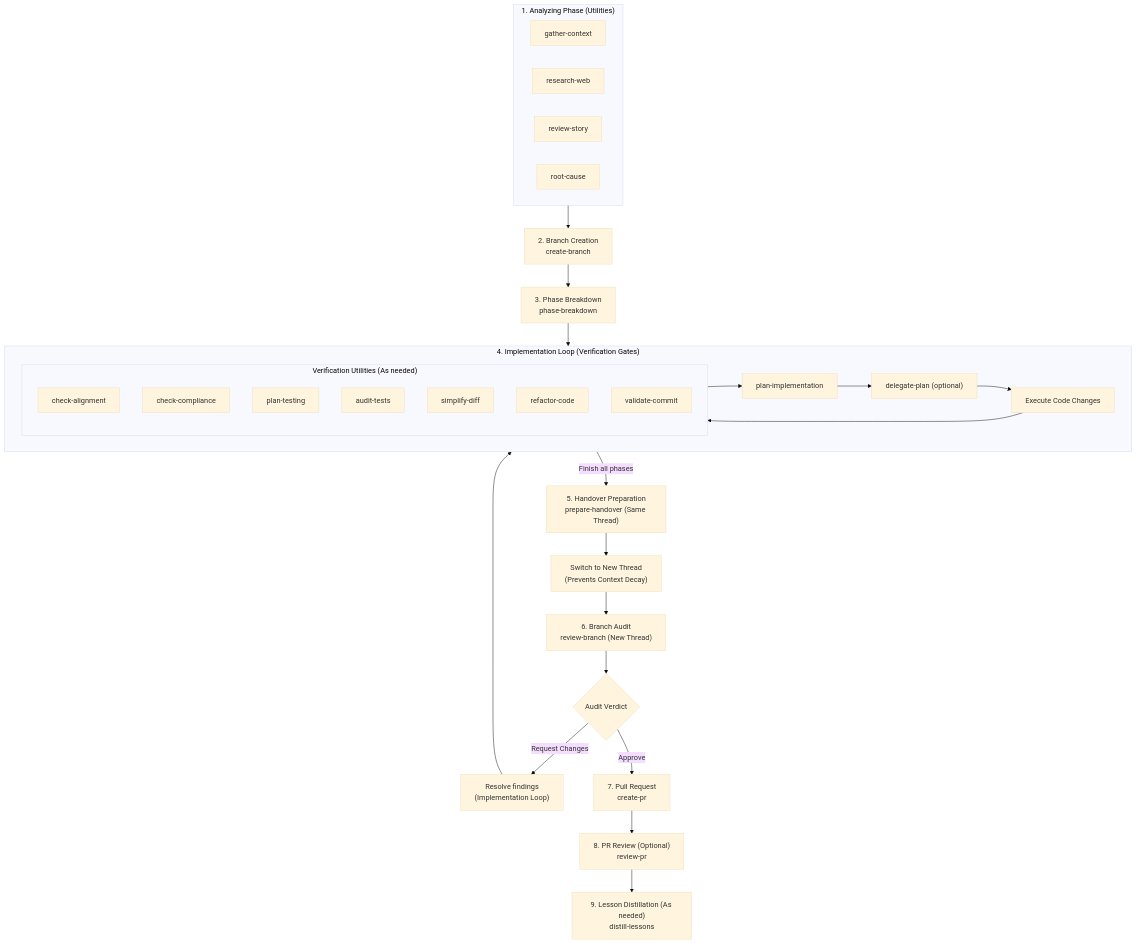
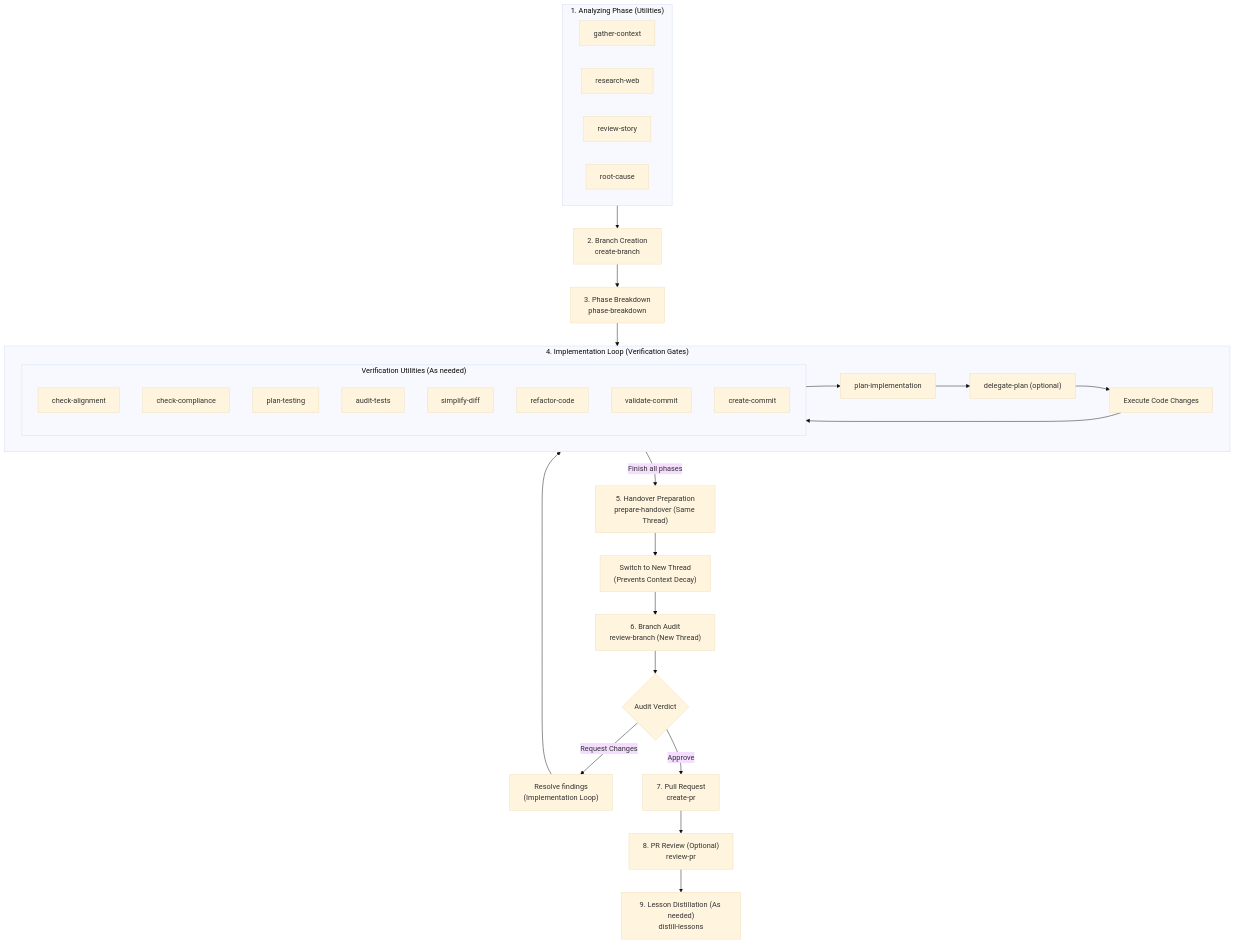
The diagram in LIFECYCLE.md (jrobertogarcia/agent-workflows), drawn with Mermaid (base theme) before and after one commit. The commit also changed other lines of this file and 4 other files, not shown here.

First line of the commit message:
feat(skills): add create-commit skill (#18)

````diff
--- a/LIFECYCLE.md
+++ b/LIFECYCLE.md
@@ -13,64 +13,65 @@
 ```mermaid
 graph TD
     %% Analyzing Phase
     subgraph Analyzing ["1. Analyzing Phase (Utilities)"]
         GC["gather-context"]
         RW["research-web"]
         RS["review-story"]
         RC["root-cause"]
     end
 
     %% Branch & Plan Phase
     CB["2. Branch Creation<br>create-branch"]
     PB["3. Phase Breakdown<br>phase-breakdown"]
     
     subgraph Loop ["4. Implementation Loop (Verification Gates)"]
         PI["plan-implementation"]
         DP["delegate-plan (optional)"]
         Code["Execute Code Changes"]
         
         %% Loop Utilities
         subgraph Utilities ["Verification Utilities (As needed)"]
             CA["check-alignment"]
             CC["check-compliance"]
             PT["plan-testing"]
             AT["audit-tests"]
             SD["simplify-diff"]
             RF["refactor-code"]
             VC["validate-commit"]
+            CM["create-commit"]
         end
         
         PI --> DP
         DP --> Code
         Code --> Utilities
         Utilities --> PI
     end
 
     %% Handover & Review Phase
     PH["5. Handover Preparation<br>prepare-handover (Same Thread)"]
     Switch["Switch to New Thread<br>(Prevents Context Decay)"]
     RB["6. Branch Audit<br>review-branch (New Thread)"]
     
     %% Branch Review Outcome
     Decide{"Audit Verdict"}
     Fix["Resolve findings<br>(Implementation Loop)"]
     
     %% PR Release Phase
     CPR["7. Pull Request<br>create-pr"]
     RPR["8. PR Review (Optional)<br>review-pr"]
     DL["9. Lesson Distillation (As needed)<br>distill-lessons"]
 
     %% Flow connections
     Analyzing --> CB
     CB --> PB
     PB --> Loop
     Loop -->|Finish all phases| PH
     PH --> Switch
     Switch --> RB
     RB --> Decide
     Decide -->|Request Changes| Fix
     Decide -->|Approve| CPR
     Fix --> Loop
     CPR --> RPR
     RPR --> DL
 ```
````
